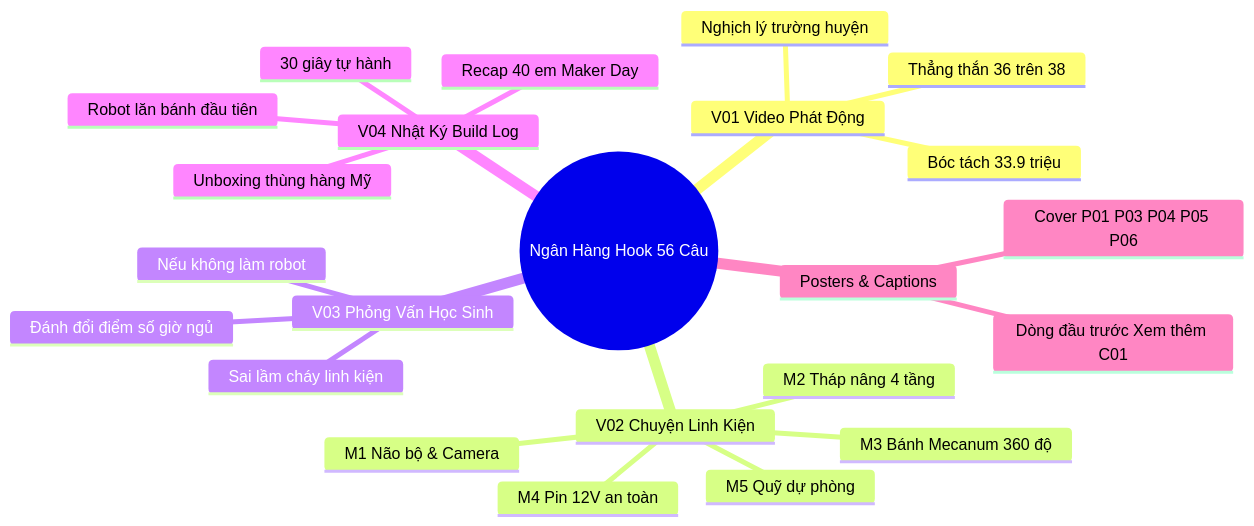
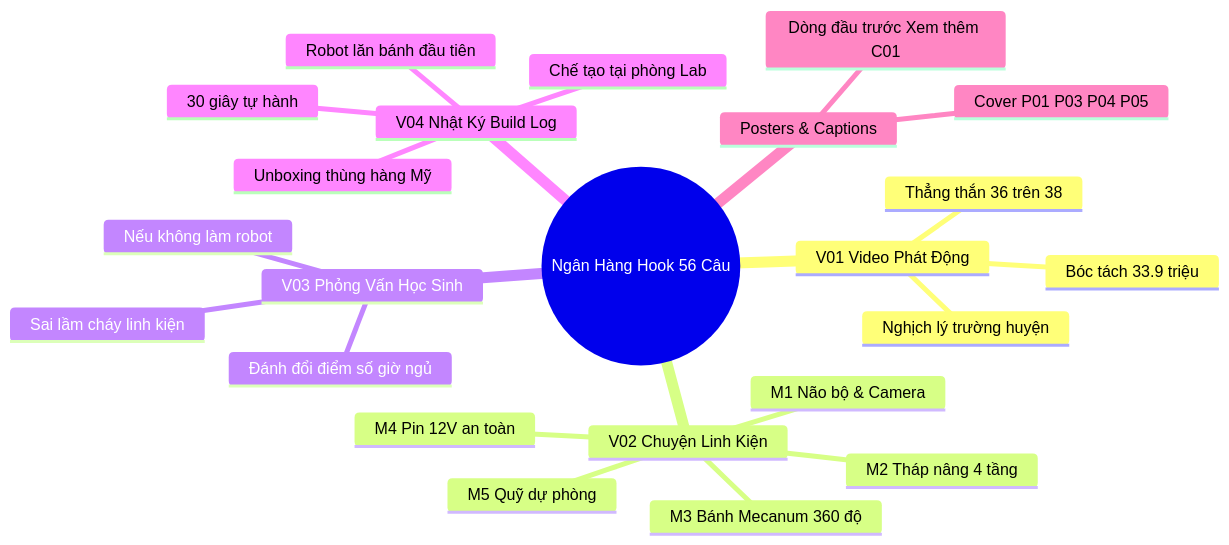
Before and after one commit to Minhmice/roboticssocson: the second of 4 diagrams in docs/campaign-2026-2027/research/R10-hook-research.md, drawn with Mermaid. The commit also changed other lines of this file and 367 other files, not shown here.

````diff
--- a/docs/campaign-2026-2027/research/R10-hook-research.md
+++ b/docs/campaign-2026-2027/research/R10-hook-research.md
@@ -174,26 +174,26 @@
 ```mermaid
 mindmap
   root((Ngân Hàng Hook 56 Câu))
     V01 Video Phát Động
       Nghịch lý trường huyện
       Thẳng thắn 36 trên 38
       Bóc tách 33.9 triệu
     V02 Chuyện Linh Kiện
       M1 Não bộ & Camera
       M2 Tháp nâng 4 tầng
       M3 Bánh Mecanum 360 độ
       M4 Pin 12V an toàn
       M5 Quỹ dự phòng
     V03 Phỏng Vấn Học Sinh
       Đánh đổi điểm số giờ ngủ
       Sai lầm cháy linh kiện
       Nếu không làm robot
     V04 Nhật Ký Build Log
       Unboxing thùng hàng Mỹ
-      Recap 40 em Maker Day
+      Chế tạo tại phòng Lab
       Robot lăn bánh đầu tiên
       30 giây tự hành
     Posters & Captions
-      Cover P01 P03 P04 P05 P06
+      Cover P01 P03 P04 P05
       Dòng đầu trước Xem thêm C01
 ```
````
